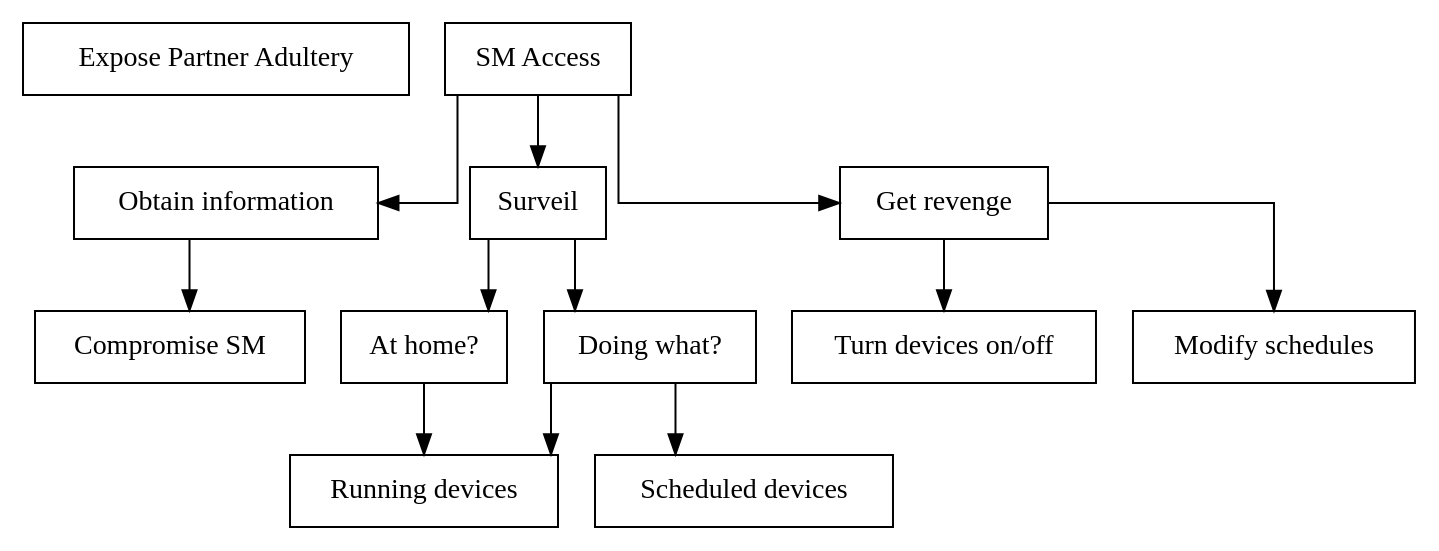
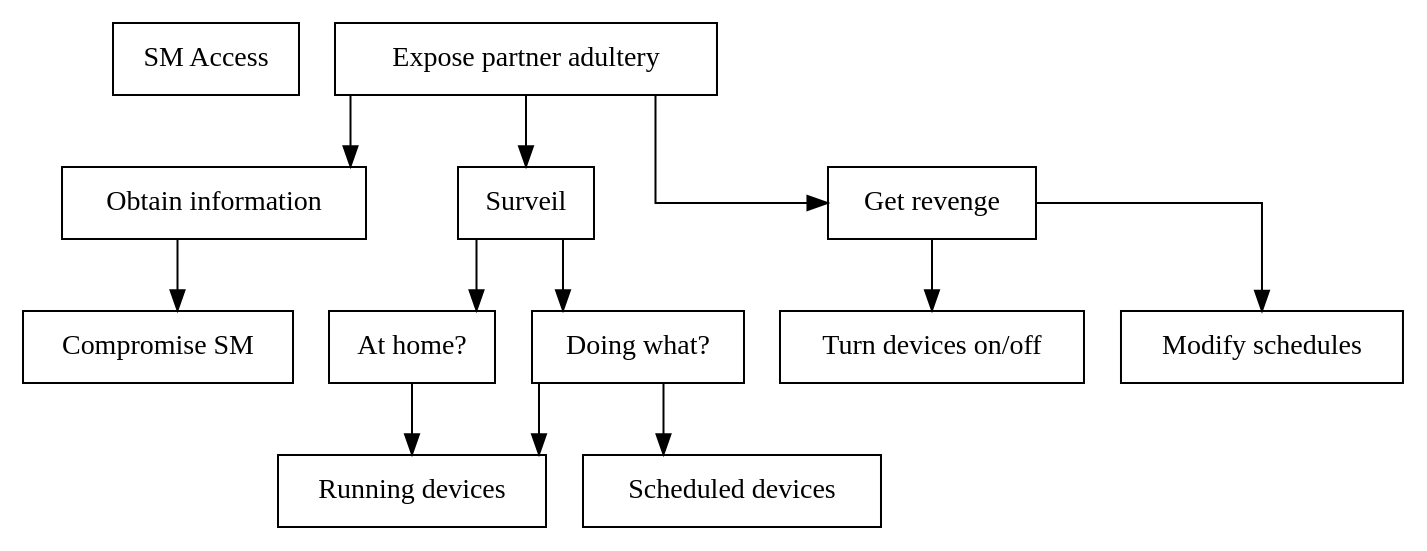
The diagram in figures/graphviz/partner_vs_consumer_sm.dot (des904e15/report), drawn with Graphviz before and after one commit. The commit also changed 11 other files, not shown here.

Commit message:
Applied attacktree tool to partner attack trees

```diff
--- a/figures/graphviz/partner_vs_consumer_sm.dot
+++ b/figures/graphviz/partner_vs_consumer_sm.dot
@@ -1,39 +1,39 @@
 digraph finite_state_machine {
   node [shape = rectangle];
   graph [splines=ortho];
 
-  attack[label="Expose Partner Adultery"];
-  sm_access[label = "SM Access",shape=AND];
+  attack[label="SM Access"];
+  sm_access[label = "Expose partner adultery",shape=AND];
 
   obtain_info[label="Obtain information"];
   sm_access->obtain_info;
 
     compromise_sm[label="Compromise SM"];
     obtain_info->compromise_sm;
 
   surveil[label="Surveil",shape=OR];
   sm_access->surveil;
 
     at_home[label="At home?"];
     surveil->at_home
 
       running_devices[label="Running devices"];
       at_home->running_devices;
 
     doing_what[label="Doing what?",shape=OR];
     surveil->doing_what;
 
       doing_what->running_devices;
 
       scheduled_devices[label="Scheduled devices"];
       doing_what->scheduled_devices;
 
   revenge[label="Get revenge",shape=OR];
   sm_access->revenge;
 
     turn_onoff[label="Turn devices on/off"];
     revenge->turn_onoff;
 
     modify_schedules[label="Modify schedules"];
     revenge->modify_schedules;
 }
```
